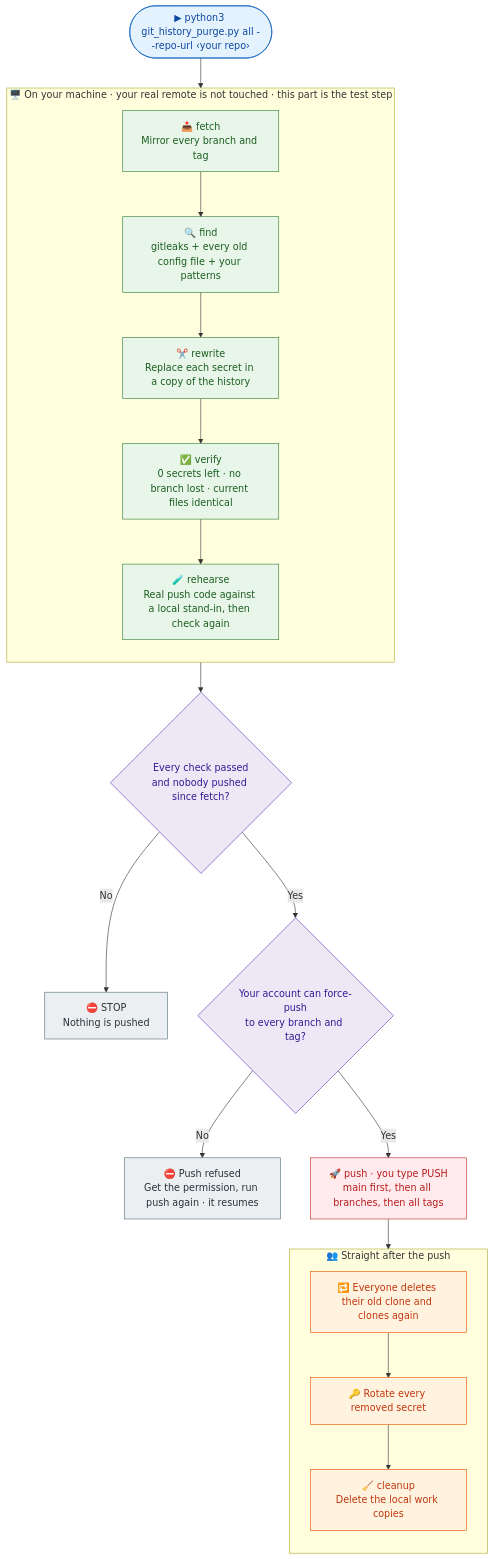
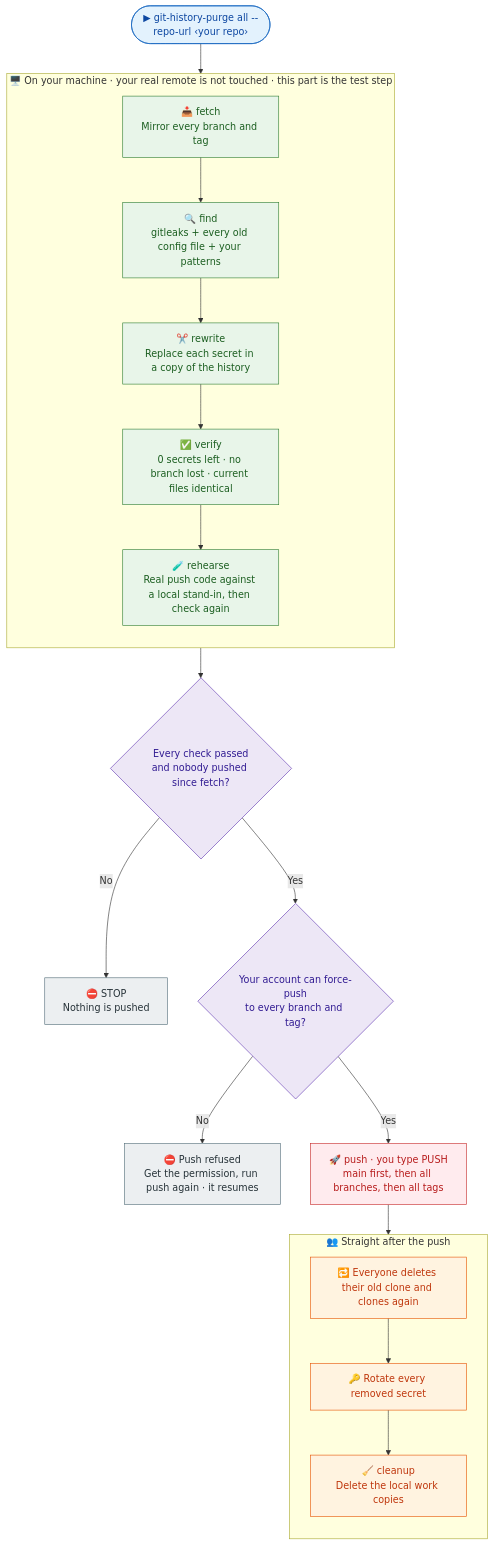
The first of 4 diagrams in README.md (BrienAustinClayton/git-history-purge), drawn with Mermaid before and after one commit. The commit also changed other lines of this file and 1 other file, not shown here.

Commit message:
docs: add architecture guide and update README for the package

````diff
--- a/README.md
+++ b/README.md
@@ -21,49 +27,49 @@
 ```mermaid
 flowchart TD
-    START(["▶ python3 git_history_purge.py all --repo-url ‹your repo›"])
+    START(["▶ git-history-purge all --repo-url ‹your repo›"])
 
     subgraph LOCAL["🖥️ On your machine · your real remote is not touched · this part is the test step"]
         direction TB
         F["📥 fetch<br/>Mirror every branch and tag"]
         FI["🔍 find<br/>gitleaks + every old config file + your patterns"]
         R["✂️ rewrite<br/>Replace each secret in a copy of the history"]
         V["✅ verify<br/>0 secrets left · no branch lost · current files identical"]
         RE["🧪 rehearse<br/>Real push code against a local stand-in, then check again"]
         F --> FI --> R --> V --> RE
     end
 
     GATE{"Every check passed<br/>and nobody pushed since fetch?"}
     STOP["⛔ STOP<br/>Nothing is pushed"]
     PERM{"Your account can force-push<br/>to every branch and tag?"}
     DENIED["⛔ Push refused<br/>Get the permission, run push again · it resumes"]
     P["🚀 push · you type PUSH<br/>main first, then all branches, then all tags"]
 
     subgraph TEAM["👥 Straight after the push"]
         direction TB
         RC["🔁 Everyone deletes their old clone and clones again"]
         ROT["🔑 Rotate every removed secret"]
         C["🧹 cleanup<br/>Delete the local work copies"]
         RC --> ROT --> C
     end
 
     START --> F
     RE --> GATE
     GATE -- No --> STOP
     GATE -- Yes --> PERM
     PERM -- No --> DENIED
     PERM -- Yes --> P
     P --> RC
 
     classDef start fill:#e3f2fd,stroke:#1565c0,color:#0d47a1
     classDef safe fill:#e8f5e9,stroke:#2e7d32,color:#1b5e20
     classDef check fill:#ede7f6,stroke:#5e35b1,color:#311b92
     classDef stop fill:#eceff1,stroke:#546e7a,color:#263238
     classDef danger fill:#ffebee,stroke:#c62828,color:#b71c1c
     classDef critical fill:#fff3e0,stroke:#e65100,color:#bf360c
     class START start
     class F,FI,R,V,RE safe
     class GATE,PERM check
     class STOP,DENIED stop
     class P danger
     class RC,ROT,C critical
 ```
````
